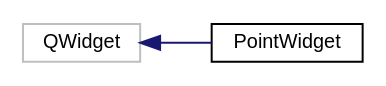
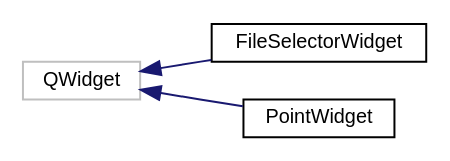
One commit to JanCaha/cpp-viewshed-library changed the diagram in inherit_graph_2.dot. Above: the diagram before and after it, drawn with Graphviz. The commit also changed 167 other files, not shown here.

```diff
--- a/inherit_graph_2.dot
+++ b/inherit_graph_2.dot
@@ -1,10 +1,12 @@
 digraph "Graphical Class Hierarchy"
 {
  // LATEX_PDF_SIZE
   edge [fontname="Helvetica",fontsize="10",labelfontname="Helvetica",labelfontsize="10"];
   node [fontname="Helvetica",fontsize="10",shape=record];
   rankdir="LR";
-  Node29 [label="QWidget",height=0.2,width=0.4,color="grey75", fillcolor="white", style="filled",tooltip=" "];
-  Node29 -> Node0 [dir="back",color="midnightblue",fontsize="10",style="solid",fontname="Helvetica"];
-  Node0 [label="PointWidget",height=0.2,width=0.4,color="black", fillcolor="white", style="filled",URL="$classPointWidget.html",tooltip=" "];
+  Node30 [label="QWidget",height=0.2,width=0.4,color="grey75", fillcolor="white", style="filled",tooltip=" "];
+  Node30 -> Node0 [dir="back",color="midnightblue",fontsize="10",style="solid",fontname="Helvetica"];
+  Node0 [label="FileSelectorWidget",height=0.2,width=0.4,color="black", fillcolor="white", style="filled",URL="$classFileSelectorWidget.html",tooltip=" "];
+  Node30 -> Node32 [dir="back",color="midnightblue",fontsize="10",style="solid",fontname="Helvetica"];
+  Node32 [label="PointWidget",height=0.2,width=0.4,color="black", fillcolor="white", style="filled",URL="$classPointWidget.html",tooltip=" "];
 }
```
